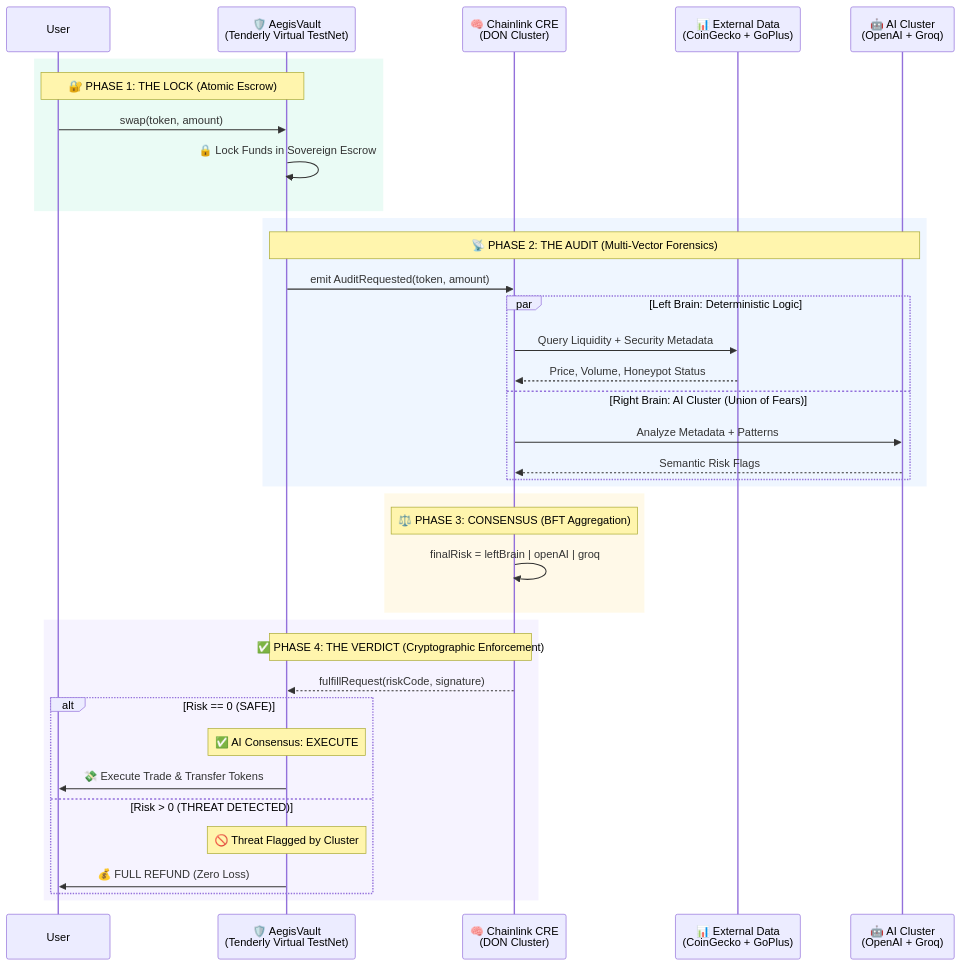
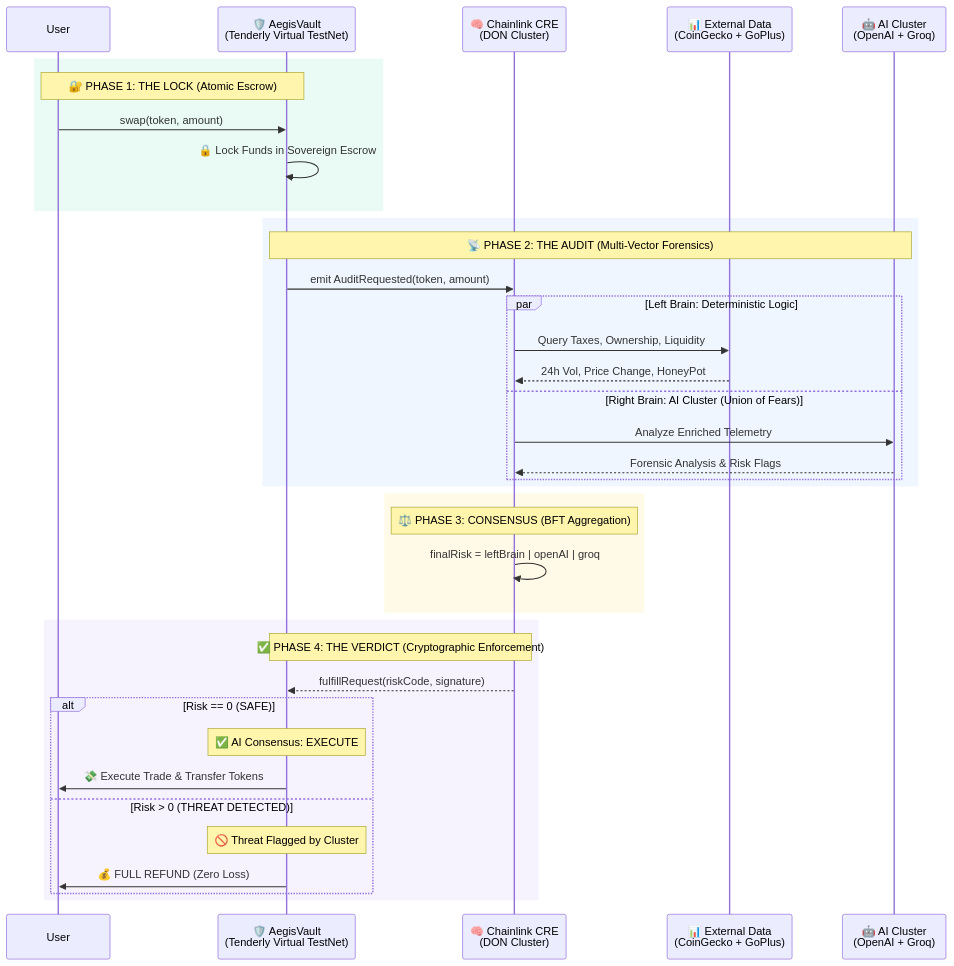
The diagram in README.md (vjb/aegis-risk-orace), drawn with Mermaid before and after one commit. The commit also changed other lines of this file and 4 other files, not shown here.

Commit message:
docs: update READMEs and demo guides with Forensic AI and data enrichment details

````diff
--- a/README.md
+++ b/README.md
@@ -111,45 +111,45 @@
 ```mermaid
 sequenceDiagram
     participant User
     participant Vault as 🛡️ AegisVault<br/>(Tenderly Virtual TestNet)
     participant CRE as 🧠 Chainlink CRE<br/>(DON Cluster)
     participant ExtData as 📊 External Data<br/>(CoinGecko + GoPlus)
     participant AI as 🤖 AI Cluster<br/>(OpenAI + Groq)
 
     rect rgb(52, 211, 153, 0.1)
         Note over User,Vault: 🔐 PHASE 1: THE LOCK (Atomic Escrow)
         User->>Vault: swap(token, amount)
         Vault->>Vault: 🔒 Lock Funds in Sovereign Escrow
     end
     
     rect rgb(96, 165, 250, 0.1)
         Note over Vault,AI: 📡 PHASE 2: THE AUDIT (Multi-Vector Forensics)
         Vault->>CRE: emit AuditRequested(token, amount)
         
         par Left Brain: Deterministic Logic
-            CRE->>ExtData: Query Liquidity + Security Metadata
-            ExtData-->>CRE: Price, Volume, Honeypot Status
+            CRE->>ExtData: Query Taxes, Ownership, Liquidity
+            ExtData-->>CRE: 24h Vol, Price Change, HoneyPot
         and Right Brain: AI Cluster (Union of Fears)
-            CRE->>AI: Analyze Metadata + Patterns
-            AI-->>CRE: Semantic Risk Flags
+            CRE->>AI: Analyze Enriched Telemetry
+            AI-->>CRE: Forensic Analysis & Risk Flags
         end
     end
     
     rect rgb(251, 191, 36, 0.1)
         Note over CRE: ⚖️ PHASE 3: CONSENSUS (BFT Aggregation)
         CRE->>CRE: finalRisk = leftBrain | openAI | groq
     end
     
     rect rgb(167, 139, 250, 0.1)
         Note over CRE,Vault: ✅ PHASE 4: THE VERDICT (Cryptographic Enforcement)
         CRE-->>Vault: fulfillRequest(riskCode, signature)
         
         alt Risk == 0 (SAFE)
             Note over Vault: ✅ AI Consensus: EXECUTE
             Vault->>User: 💸 Execute Trade & Transfer Tokens
         else Risk > 0 (THREAT DETECTED)
             Note over Vault: 🚫 Threat Flagged by Cluster
             Vault->>User: 💰 FULL REFUND (Zero Loss)
         end
     end
 ```
````
